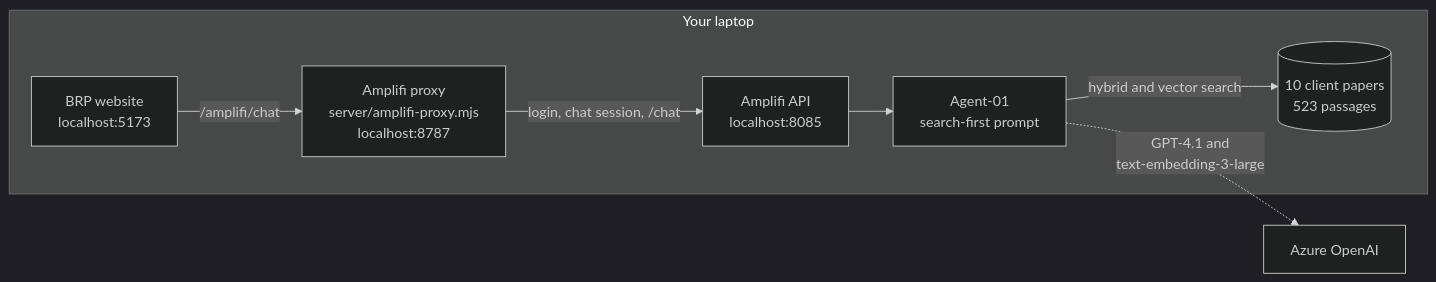
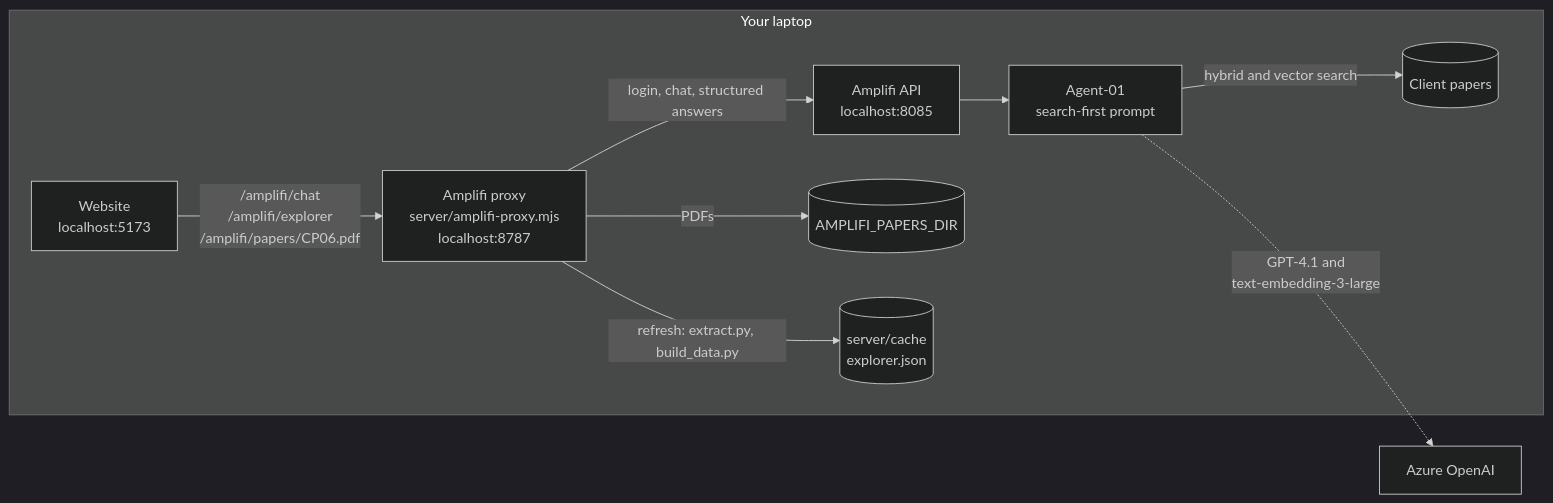
Before and after one commit to sachinkukkar-tws/battery-research-platform: the first of 2 diagrams in README.md, drawn with Mermaid (dark theme). The commit also changed other lines of this file and 153 other files, not shown here.

Commit message:
Live Battery Science Explorer on Amplifi

````diff
--- a/README.md
+++ b/README.md
@@ -101,10 +137,12 @@
 ```mermaid
 flowchart LR
     subgraph laptop["Your laptop"]
-        W["BRP website<br/>localhost:5173"] -->|"/amplifi/chat"| P["Amplifi proxy<br/>server/amplifi-proxy.mjs<br/>localhost:8787"]
-        P -->|"login, chat session, /chat"| A["Amplifi API<br/>localhost:8085"]
+        W["Website<br/>localhost:5173"] -->|"/amplifi/chat<br/>/amplifi/explorer<br/>/amplifi/papers/CP06.pdf"| P["Amplifi proxy<br/>server/amplifi-proxy.mjs<br/>localhost:8787"]
+        P -->|"login, chat, structured answers"| A["Amplifi API<br/>localhost:8085"]
+        P -->|"PDFs"| F[("AMPLIFI_PAPERS_DIR")]
+        P -->|"refresh: extract.py, build_data.py"| C[("server/cache<br/>explorer.json")]
         A --> G["Agent-01<br/>search-first prompt"]
-        G -->|"hybrid and vector search"| K[("10 client papers<br/>523 passages")]
+        G -->|"hybrid and vector search"| K[("Client papers")]
     end
     G -.->|"GPT-4.1 and<br/>text-embedding-3-large"| Z["Azure OpenAI"]
 ```
````
